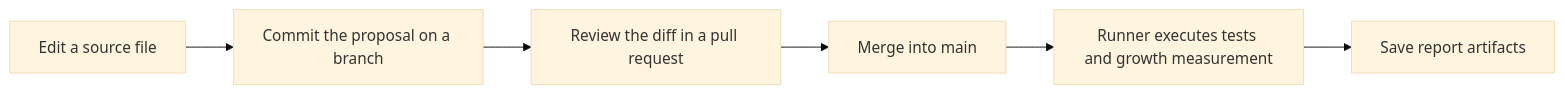
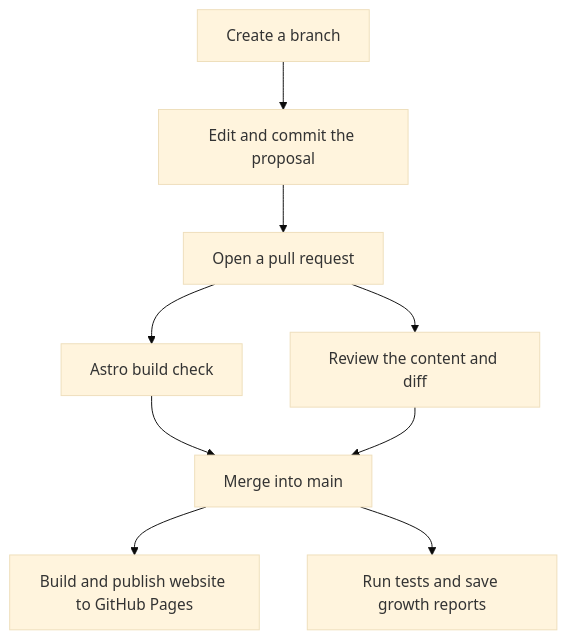
One commit to And-Gu/document-as-code-lab changed the diagram in docs/02-github-workspace.md. Above: the diagram before and after it, drawn with Mermaid (base theme). The commit also changed other lines of this file and 1 other file, not shown here.

Commit message:
Clarify chapter 2 workspace, review, and automation guidance

````diff
--- a/docs/02-github-workspace.md
+++ b/docs/02-github-workspace.md
@@ -66,10 +80,16 @@
 ```mermaid
-flowchart LR
-    edit["Edit a source file"]
-    commit["Commit the proposal on a branch"]
-    review["Review the diff in a pull request"]
+flowchart TD
+    branch["Create a branch"]
+    edit["Edit and commit the proposal"]
+    pr["Open a pull request"]
+    check["Astro build check"]
+    review["Review the content and diff"]
     merge["Merge into main"]
-    workflow["Runner executes tests and growth measurement"]
-    outputs["Save report artifacts"]
-    edit --> commit --> review --> merge --> workflow --> outputs
+    website["Build and publish website to GitHub Pages"]
+    growth["Run tests and save growth reports"]
+    branch --> edit --> pr
+    pr --> check --> merge
+    pr --> review --> merge
+    merge --> website
+    merge --> growth
 ```
````
